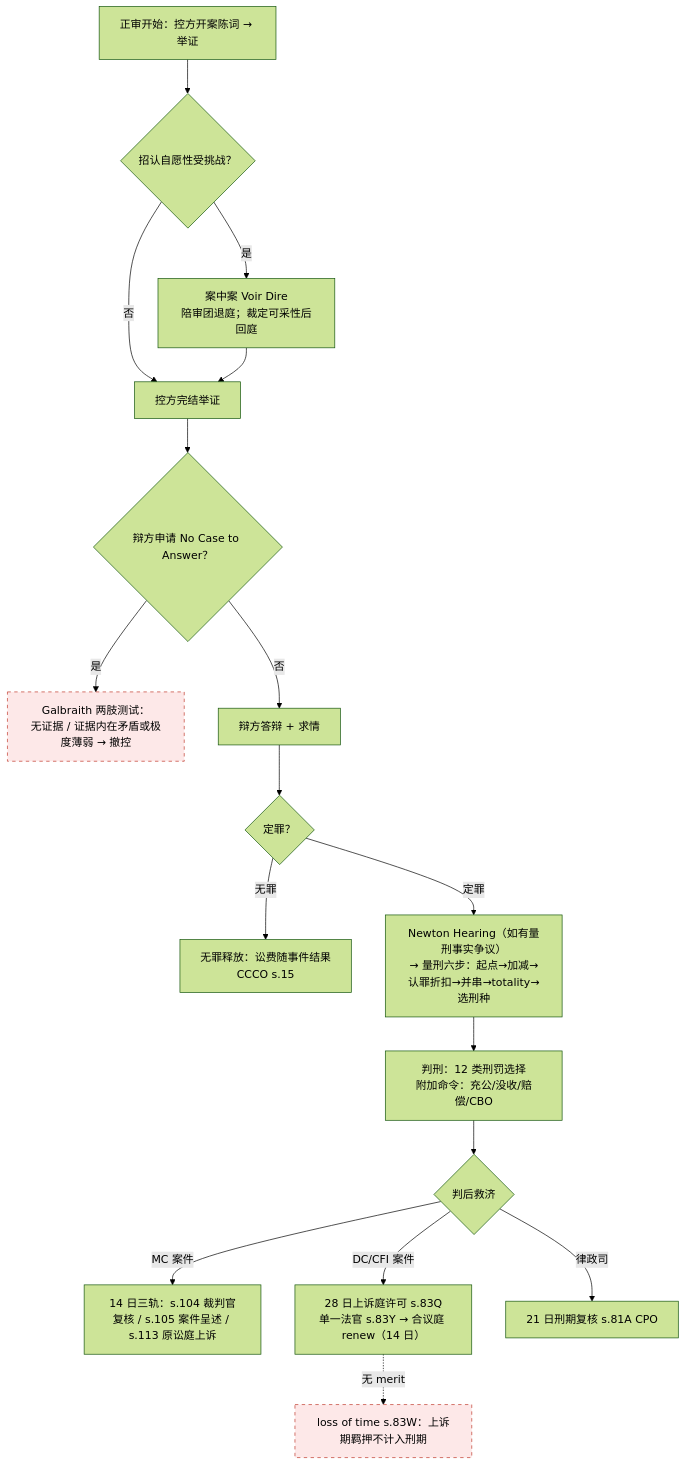
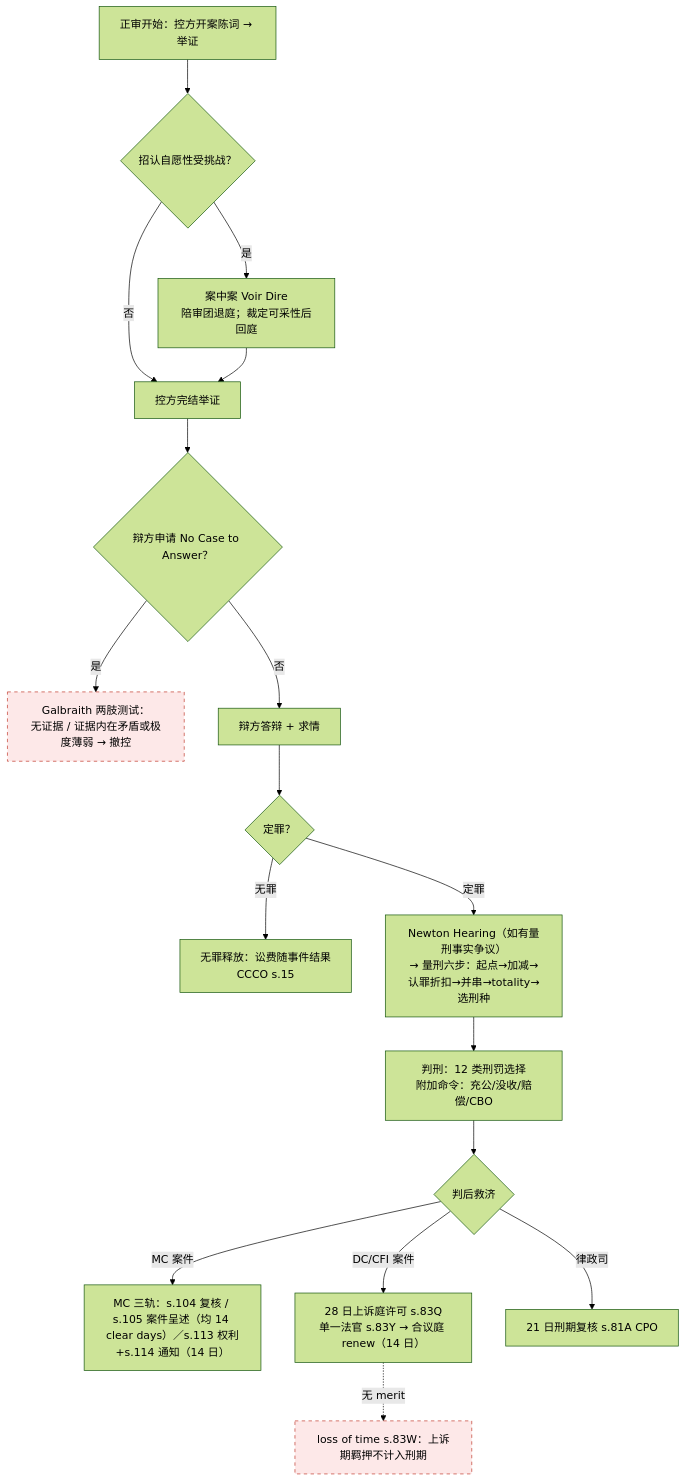
The second of 12 diagrams in src/content/docs/master/cr00-overview-flowcharts.md (mixxmax/pcll-criminal-cards), drawn with Mermaid (forest theme) before and after one commit. The commit also changed other lines of this file and 13 other files, not shown here.

````diff
--- a/src/content/docs/master/cr00-overview-flowcharts.md
+++ b/src/content/docs/master/cr00-overview-flowcharts.md
@@ -71,22 +71,22 @@
 ```mermaid
 flowchart TD
  A["正审开始：控方开案陈词 → 举证"] --> B{"招认自愿性受挑战？"}
  B -->|"是"| C["案中案 Voir Dire<br/>陪审团退庭；裁定可采性后回庭"]
  B -->|"否"| D["控方完结举证"]
  C --> D
  D --> E{"辩方申请 No Case to Answer？"}
  E -->|"是"| F["Galbraith 两肢测试：<br/>无证据 / 证据内在矛盾或极度薄弱 → 撤控"]
  E -->|"否"| G["辩方答辩 + 求情"]
  F:::warn
  G --> H{"定罪？"}
  H -->|"无罪"| I["无罪释放：讼费随事件结果<br/>CCCO s.15"]
  H -->|"定罪"| J["Newton Hearing（如有量刑事实争议）<br/>→ 量刑六步：起点→加减→认罪折扣→并串→totality→选刑种"]
  J --> K["判刑：12 类刑罚选择<br/>附加命令：充公/没收/赔偿/CBO"]
  K --> L{"判后救济"}
- L -->|"MC 案件"| M["14 日三轨：s.104 裁判官复核 / s.105 案件呈述 / s.113 原讼庭上诉"]
+ L -->|"MC 案件"| M["MC 三轨：s.104 复核 / s.105 案件呈述（均 14 clear days）／s.113 权利+s.114 通知（14 日）"]
  L -->|"DC/CFI 案件"| N["28 日上诉庭许可 s.83Q<br/>单一法官 s.83Y → 合议庭 renew（14 日）"]
  L -->|"律政司"| O["21 日刑期复核 s.81A CPO"]
  N -.->|"无 merit"| P["loss of time s.83W：上诉期羁押不计入刑期"]
  P:::warn
  classDef warn fill:#fde8e8,stroke:#c0392b,stroke-dasharray:5 5;
 ```
````
